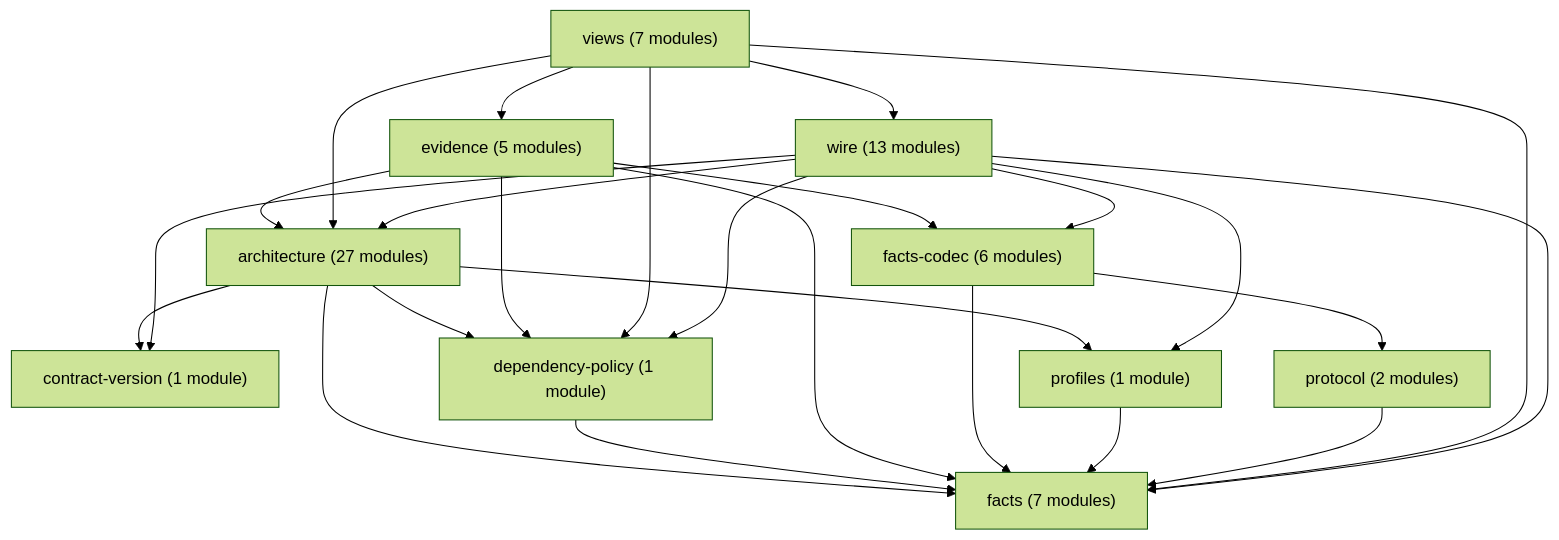
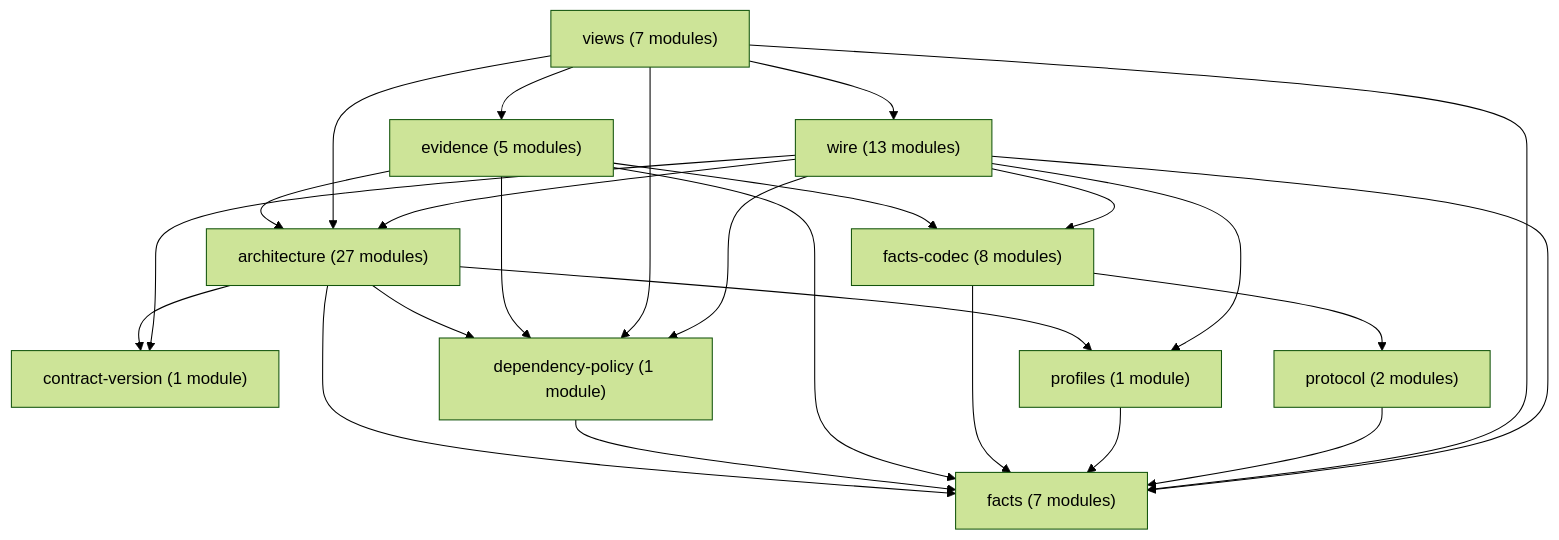
Before and after one commit to rapiddweller/archkeel: the diagram in docs/architecture/ir-owners.md, drawn with Mermaid (forest theme). The commit also changed other lines of this file, not shown here.

Commit message:
Regenerate the IR owner page for the two new facts-codec modules
The page lists the modules of each owner. The two new modules of AD-338 join facts-codec, so the generated table changed.

````diff
--- a/docs/architecture/ir-owners.md
+++ b/docs/architecture/ir-owners.md
@@ -35,37 +35,37 @@
 ```mermaid
 graph TD
     n_0["architecture (27 modules)"]
     n_1["contract-version (1 module)"]
     n_2["dependency-policy (1 module)"]
     n_3["evidence (5 modules)"]
     n_4["facts (7 modules)"]
-    n_5["facts-codec (6 modules)"]
+    n_5["facts-codec (8 modules)"]
     n_6["profiles (1 module)"]
     n_7["protocol (2 modules)"]
     n_8["views (7 modules)"]
     n_9["wire (13 modules)"]
     n_0 --> n_1
     n_0 --> n_2
     n_0 --> n_4
     n_0 --> n_6
     n_2 --> n_4
     n_3 --> n_0
     n_3 --> n_2
     n_3 --> n_4
     n_3 --> n_5
     n_5 --> n_4
     n_5 --> n_7
     n_6 --> n_4
     n_7 --> n_4
     n_8 --> n_0
     n_8 --> n_2
     n_8 --> n_3
     n_8 --> n_4
     n_8 --> n_9
     n_9 --> n_0
     n_9 --> n_1
     n_9 --> n_2
     n_9 --> n_4
     n_9 --> n_5
     n_9 --> n_6
 ```
````
